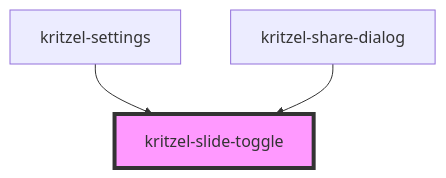
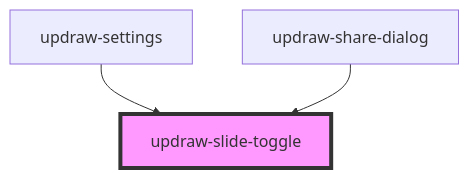
Before and after one commit to kasual1/kritzel: the diagram in libs/editor/core/src/components/updraw-slide-toggle/readme.md, drawn with Mermaid. The commit also changed other lines of this file and 1129 other files, not shown here.

First line of the commit message:
Replace kritzel with updraw across the codebase

````diff
--- a/libs/editor/core/src/components/updraw-slide-toggle/readme.md
+++ b/libs/editor/core/src/components/updraw-slide-toggle/readme.md
@@ -60,6 +60,6 @@
 ```mermaid
 graph TD;
-  kritzel-settings --> kritzel-slide-toggle
-  kritzel-share-dialog --> kritzel-slide-toggle
-  style kritzel-slide-toggle fill:#f9f,stroke:#333,stroke-width:4px
+  updraw-settings --> updraw-slide-toggle
+  updraw-share-dialog --> updraw-slide-toggle
+  style updraw-slide-toggle fill:#f9f,stroke:#333,stroke-width:4px
 ```
````
